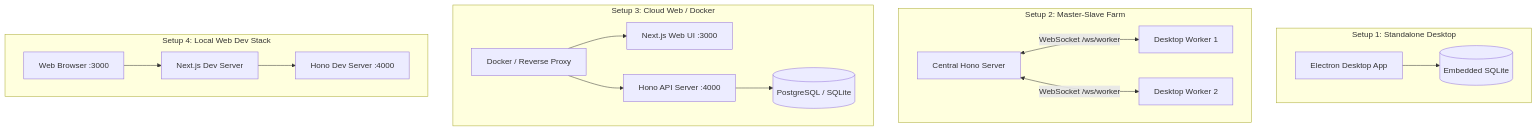
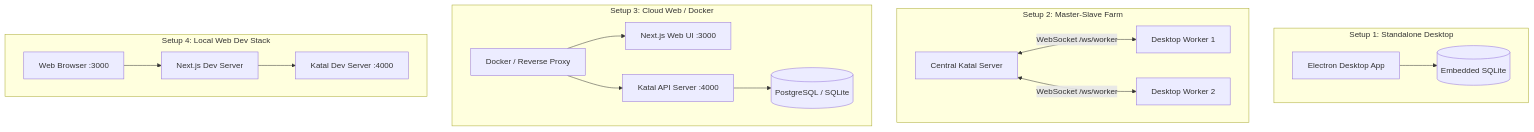
Before and after one commit to najamcodes/apex-lead: the diagram in README.md, drawn with Mermaid. The commit also changed other lines of this file and 720 other files, not shown here.

Commit message:
refactor(server): restructure server architecture with controllers, adapters, common, core, db, and katal

````diff
--- a/README.md
+++ b/README.md
@@ -42,22 +42,22 @@
 ```mermaid
 flowchart TB
     subgraph Setup 1: Standalone Desktop
         DesktopApp[Electron Desktop App] --> EmbeddedDB[(Embedded SQLite)]
     end
 
     subgraph Setup 2: Master-Slave Farm
-        CentralServer[Central Hono Server] <-->|WebSocket /ws/worker| Worker1[Desktop Worker 1]
+        CentralServer[Central Katal Server] <-->|WebSocket /ws/worker| Worker1[Desktop Worker 1]
         CentralServer <-->|WebSocket /ws/worker| Worker2[Desktop Worker 2]
     end
 
     subgraph Setup 3: Cloud Web / Docker
         DockerNginx[Docker / Reverse Proxy] --> WebUI[Next.js Web UI :3000]
-        DockerNginx --> APIServer[Hono API Server :4000]
+        DockerNginx --> APIServer[Katal API Server :4000]
         APIServer --> ServerDB[(PostgreSQL / SQLite)]
     end
 
     subgraph Setup 4: Local Web Dev Stack
         DevBrowser[Web Browser :3000] --> DevWeb[Next.js Dev Server]
-        DevWeb --> DevServer[Hono Dev Server :4000]
+        DevWeb --> DevServer[Katal Dev Server :4000]
     end
 ```
````
